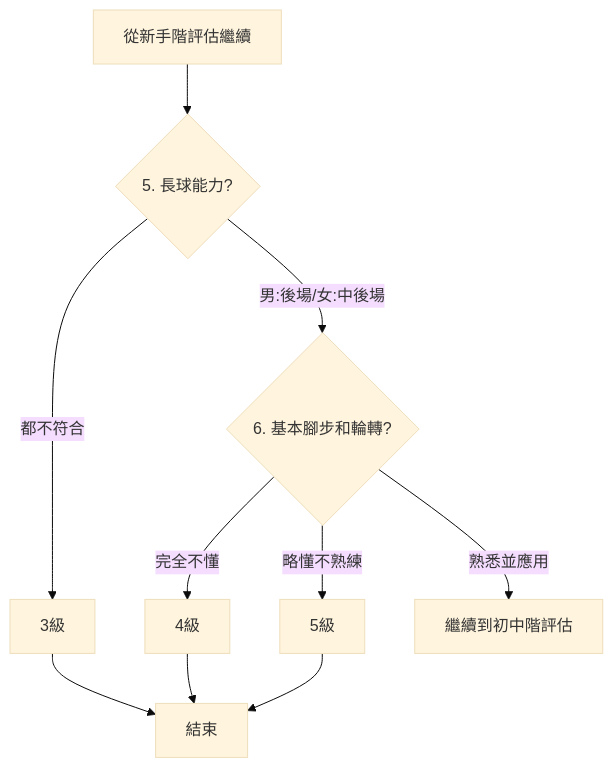
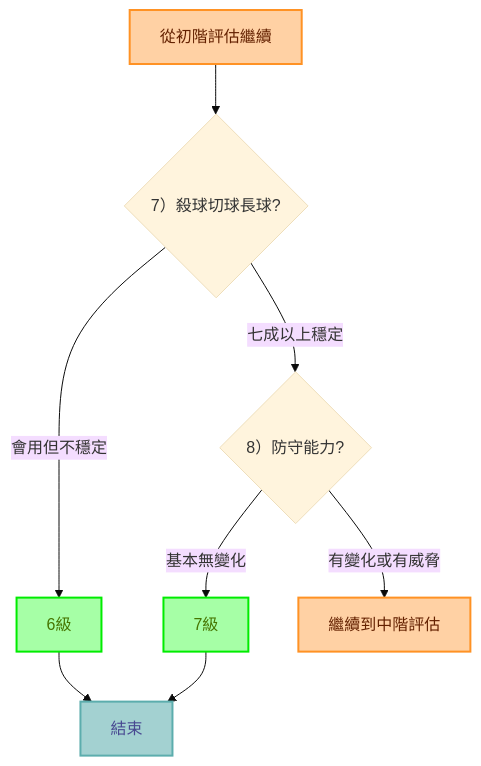
Before and after one commit to showaykerker/badminton-level-evaluator-linebot: the third of 4 diagrams in README.md, drawn with Mermaid (base theme). The commit also changed other lines of this file, not shown here.

Commit message:
doc: fix mermaid error and add color

````diff
--- a/README.md
+++ b/README.md
@@ -68,17 +77,20 @@
 ```mermaid
 
 graph TD
-    A[從新手階評估繼續] --> F{5. 長球能力?}
+    A[從初階評估繼續] --> H{"7）殺球切球長球?"}
+    H -->|會用但不穩定| Z6[6級]
+    H -->|七成以上穩定| I{"8）防守能力?"}
+    I -->|基本無變化| Z7[7級]
+    I -->|有變化或有威脅| J[繼續到中階評估]
 
-    F -->|男:後場/女:中後場| G{6. 基本腳步和輪轉?}
-    F -->|都不符合| Z3[3級]
+    J:::nextStage
+    A:::nextStage
+    Z6:::determinedLevel --> END[結束]
+    Z7:::determinedLevel --> END
+    END:::stopStage
 
-    G -->|完全不懂| Z4[4級]
-    G -->|略懂不熟練| Z5[5級]
-    G -->|熟悉並應用| H[繼續到初中階評估]
-
-    Z3 --> END[結束]
-    Z4 --> END
-    Z5 --> END
+    classDef nextStage       fill:#FFD1A4,stroke:#FF9224,stroke-width:2px,color:#642100;
+    classDef determinedLevel fill:#A6FFA6,stroke:#00EC00,stroke-width:2px,color:#467500;
+    classDef stopStage       fill:#A3D1D1,stroke:#5CADAD,stroke-width:2px,color:#484891;
 
 ```
````
